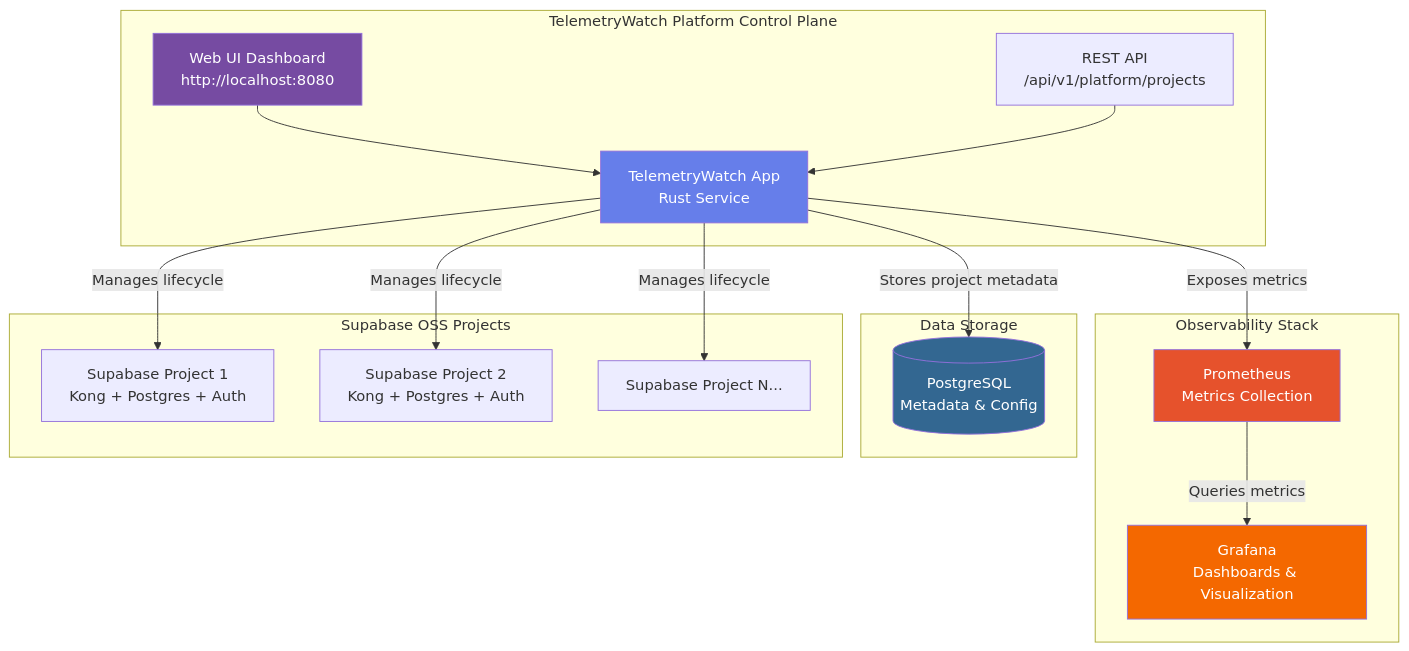
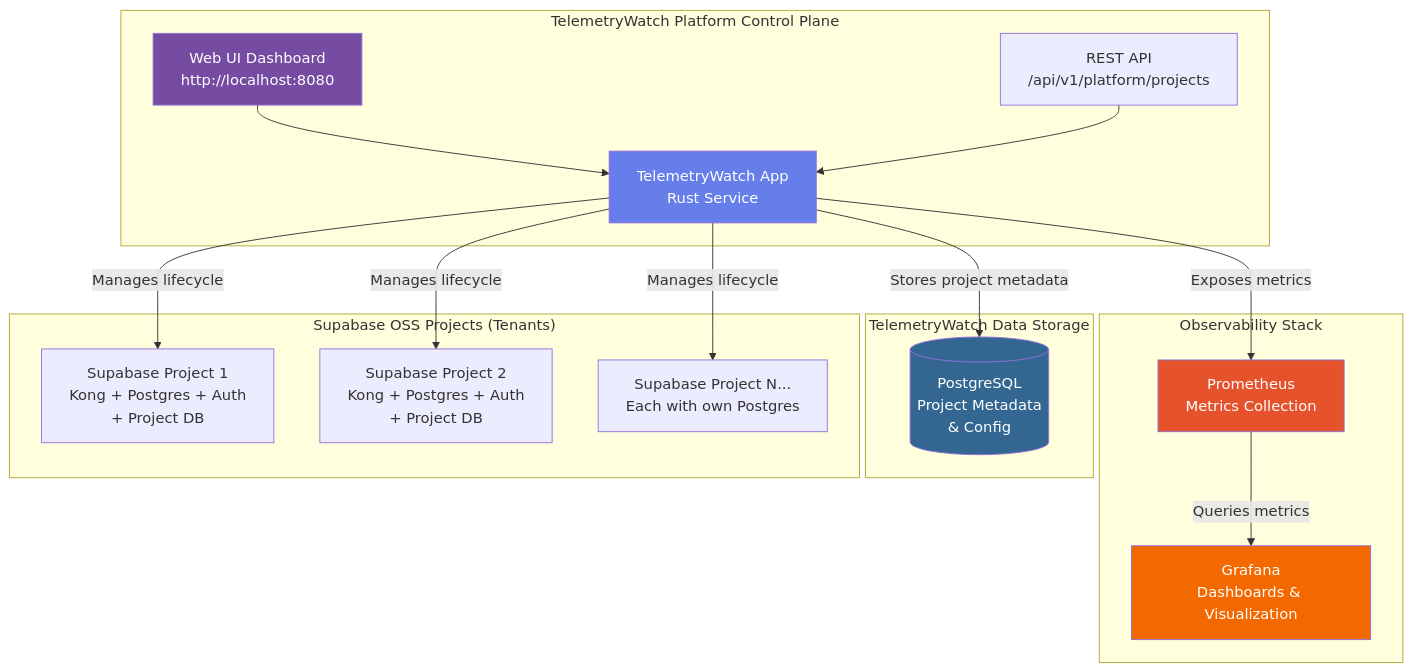
The first of 2 diagrams in README.md (ektabhardwaj07/TelemetryWatch), drawn with Mermaid before and after one commit. The commit also changed other lines of this file, not shown here.

Commit message:
Clarify PostgreSQL architecture: distinguish TelemetryWatch metadata DB from Supabase project DBs

````diff
--- a/README.md
+++ b/README.md
@@ -20,38 +20,38 @@
 ```mermaid
 graph TB
     subgraph "TelemetryWatch Platform Control Plane"
         TW[TelemetryWatch App<br/>Rust Service]
         WEB[Web UI Dashboard<br/>http://localhost:8080]
         API[REST API<br/>/api/v1/platform/projects]
     end
     
     subgraph "Observability Stack"
         PROM[Prometheus<br/>Metrics Collection]
         GRAF[Grafana<br/>Dashboards & Visualization]
     end
     
-    subgraph "Data Storage"
-        PG[(PostgreSQL<br/>Metadata & Config)]
+    subgraph "TelemetryWatch Data Storage"
+        PG[(PostgreSQL<br/>Project Metadata<br/>& Config)]
     end
     
-    subgraph "Supabase OSS Projects"
-        SUP1[Supabase Project 1<br/>Kong + Postgres + Auth]
-        SUP2[Supabase Project 2<br/>Kong + Postgres + Auth]
-        SUPN[Supabase Project N...]
+    subgraph "Supabase OSS Projects (Tenants)"
+        SUP1[Supabase Project 1<br/>Kong + Postgres + Auth<br/>+ Project DB]
+        SUP2[Supabase Project 2<br/>Kong + Postgres + Auth<br/>+ Project DB]
+        SUPN[Supabase Project N...<br/>Each with own Postgres]
     end
     
     WEB --> TW
     API --> TW
     TW -->|Stores project metadata| PG
     TW -->|Exposes metrics| PROM
     PROM -->|Queries metrics| GRAF
     TW -->|Manages lifecycle| SUP1
     TW -->|Manages lifecycle| SUP2
     TW -->|Manages lifecycle| SUPN
     
     style TW fill:#667eea,color:#fff
     style WEB fill:#764ba2,color:#fff
     style PROM fill:#e6522c,color:#fff
     style GRAF fill:#f46800,color:#fff
     style PG fill:#336791,color:#fff
 ```
````
